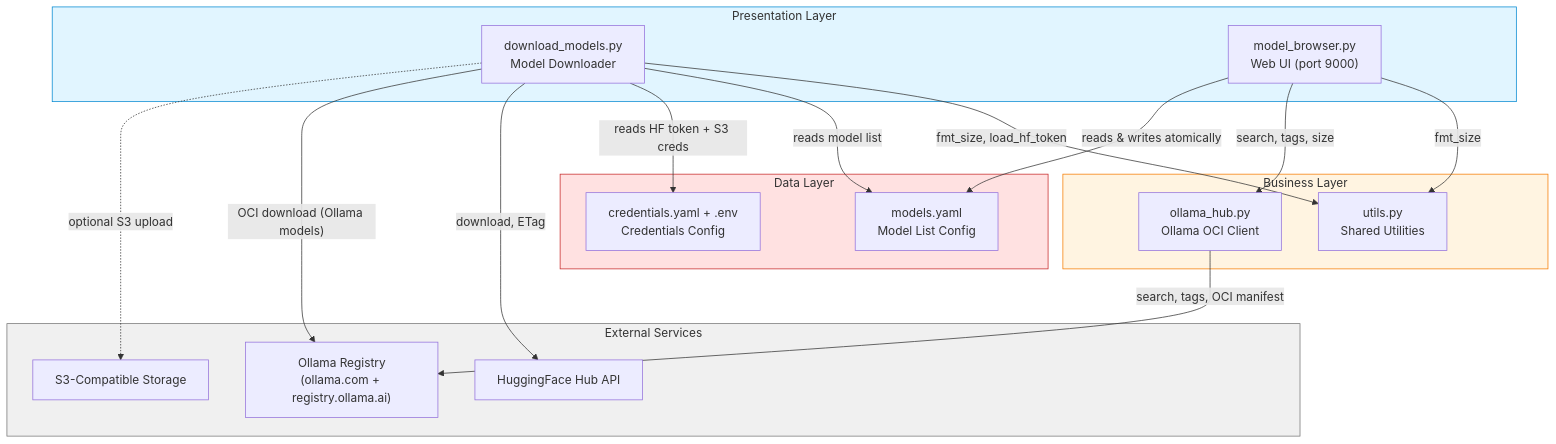
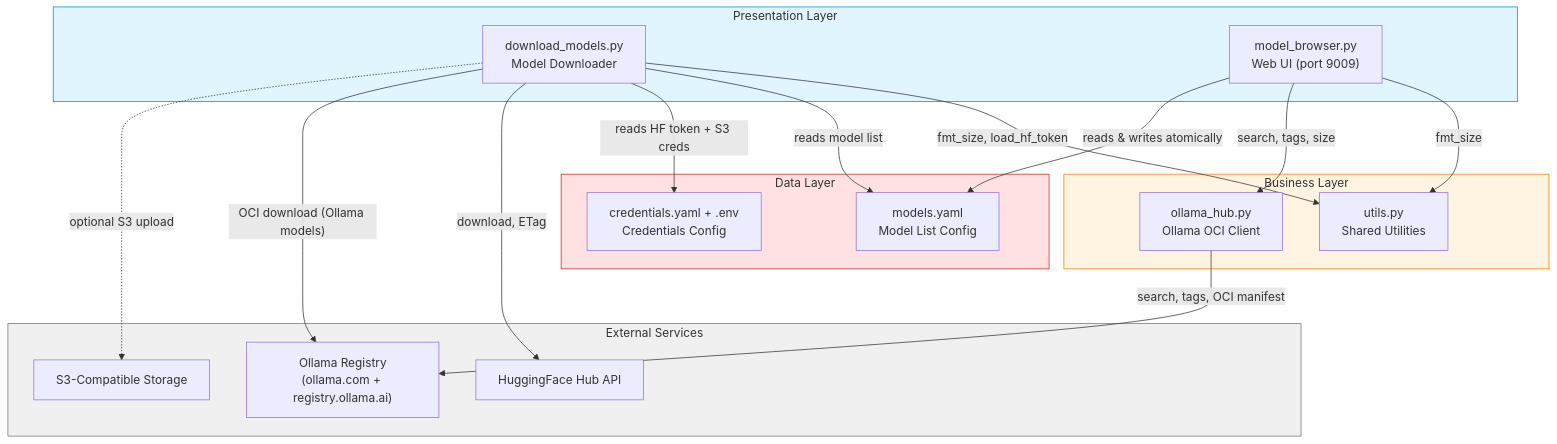
One commit to ikeniborn/aihub changed the diagram in docs/architecture/README.md. Above: the diagram before and after it, drawn with Mermaid. The commit also changed other lines of this file and 6 other files, not shown here.

````diff
--- a/docs/architecture/README.md
+++ b/docs/architecture/README.md
@@ -18,39 +18,39 @@
 ```mermaid
 graph TD
     subgraph presentation["Presentation Layer"]
         DL["download_models.py\nModel Downloader"]
-        MB["model_browser.py\nWeb UI (port 9000)"]
+        MB["model_browser.py\nWeb UI (port 9009)"]
     end
 
     subgraph business["Business Layer"]
         UT["utils.py\nShared Utilities"]
         OH["ollama_hub.py\nOllama OCI Client"]
     end
 
     subgraph data["Data Layer"]
         MC["models.yaml\nModel List Config"]
         CC["credentials.yaml + .env\nCredentials Config"]
     end
 
     subgraph external["External Services"]
         HF["HuggingFace Hub API"]
         OL["Ollama Registry\n(ollama.com + registry.ollama.ai)"]
         S3["S3-Compatible Storage"]
     end
 
     DL -->|"fmt_size, load_hf_token"| UT
     DL -->|"reads model list"| MC
     DL -->|"reads HF token + S3 creds"| CC
     MB -->|"fmt_size"| UT
     MB -->|"search, tags, size"| OH
     MB -->|"reads & writes atomically"| MC
     DL -->|"download, ETag"| HF
     OH -->|"search, tags, OCI manifest"| OL
     DL -->|"OCI download (Ollama models)"| OL
     DL -.->|"optional S3 upload"| S3
 
     style presentation fill:#e1f5ff,stroke:#0288d1
     style business fill:#fff4e1,stroke:#f57c00
     style data fill:#ffe1e1,stroke:#c62828
     style external fill:#f0f0f0,stroke:#757575
 ```
````
